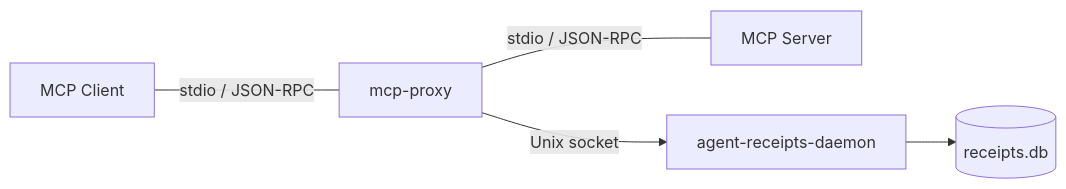
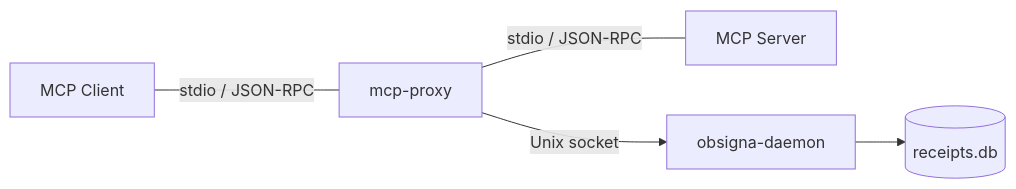
One commit to agent-receipts/ar changed the second of 2 diagrams in site/src/content/docs/mcp-proxy/overview.mdx. Above: the diagram before and after it, drawn with Mermaid. The commit also changed other lines of this file and 41 other files, not shown here.

````diff
--- a/site/src/content/docs/mcp-proxy/overview.mdx
+++ b/site/src/content/docs/mcp-proxy/overview.mdx
@@ -63,7 +63,7 @@
 ```mermaid
 graph LR
   C[MCP Client] ---|"stdio / JSON-RPC"| P[mcp-proxy]
   P ---|"stdio / JSON-RPC"| S[MCP Server]
-  P -- "Unix socket" --> D[agent-receipts-daemon]
+  P -- "Unix socket" --> D[obsigna-daemon]
   D --> DB[(receipts.db)]
 ```
````
